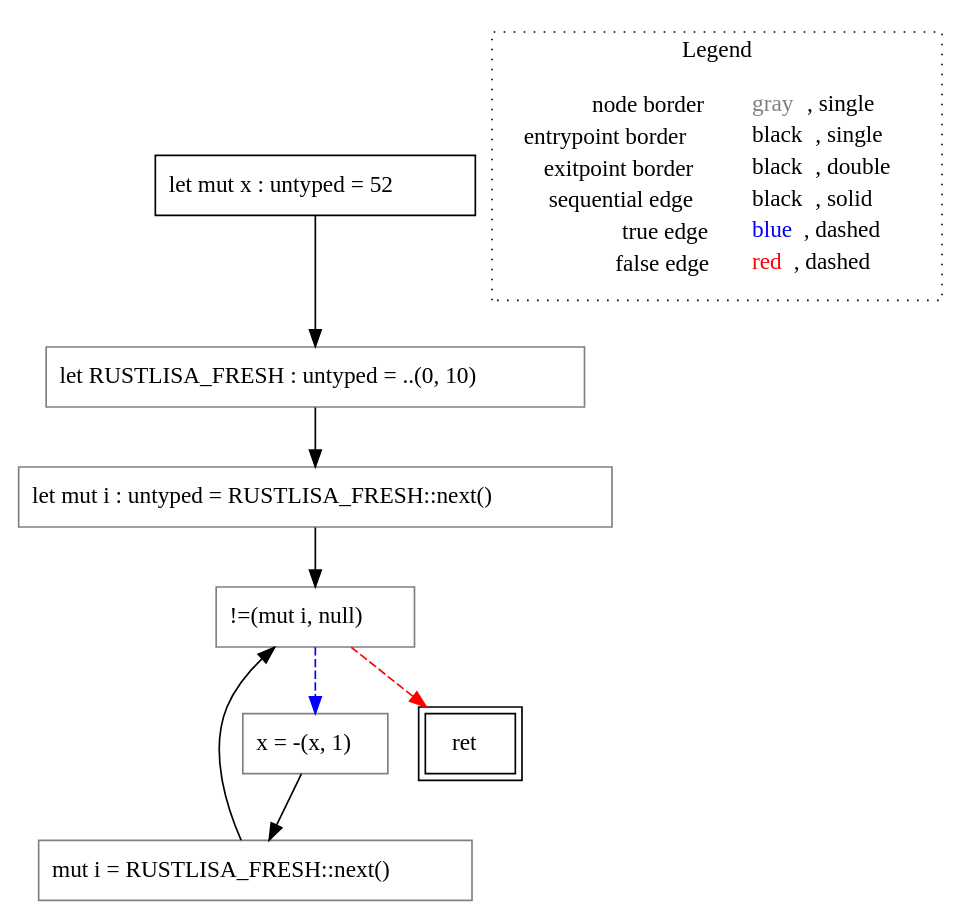
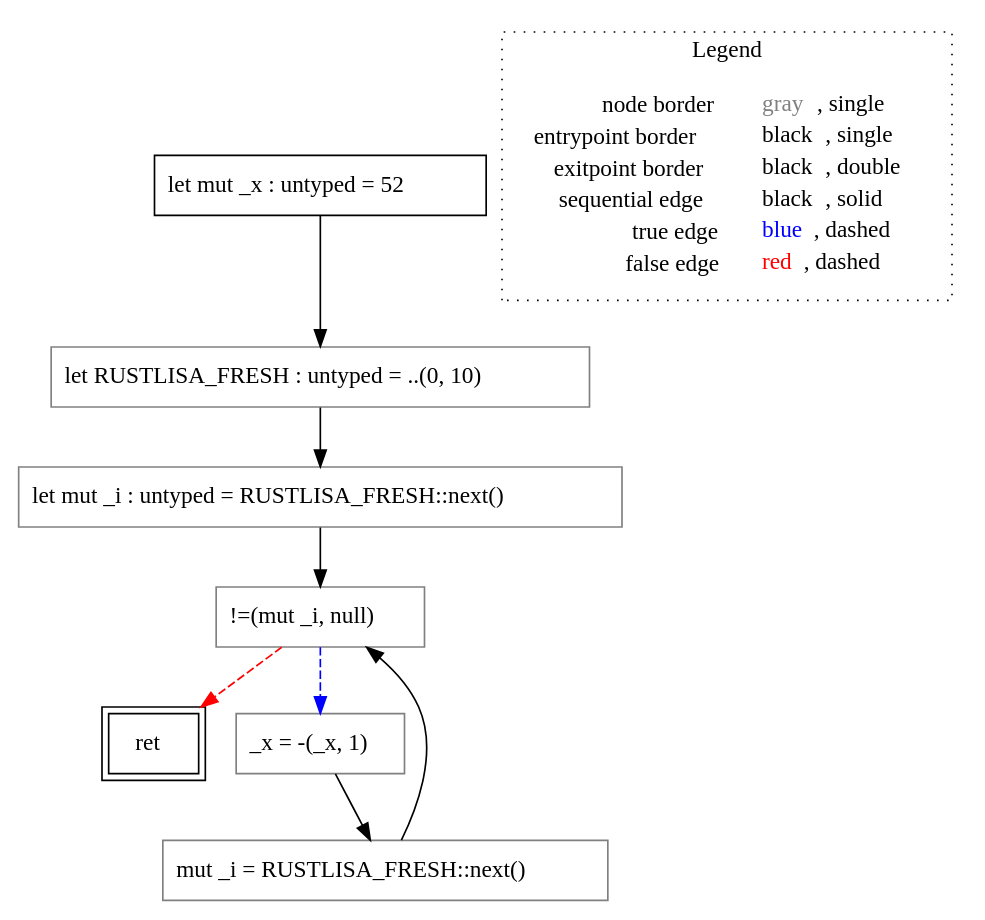
Before and after one commit to VincenzoArceri/rust-lisa: the diagram in rust-lisa/rust-testcases/cfg/for/()_rust-testcases_cfg_for_for.rs.main().dot, drawn with Graphviz. The commit also changed 26 other files, not shown here.

```diff
--- a/rust-lisa/rust-testcases/cfg/for/()_rust-testcases_cfg_for_for.rs.main().dot
+++ b/rust-lisa/rust-testcases/cfg/for/()_rust-testcases_cfg_for_for.rs.main().dot
@@ -1,23 +1,23 @@
 digraph {
-	"node0" [shape="rect",color="black",label=<let mut x : untyped = 52>];
+	"node0" [shape="rect",color="black",label=<let mut _x : untyped = 52>];
 	"node1" [shape="rect",color="gray",label=<let RUSTLISA_FRESH : untyped = ..(0, 10)>];
-	"node2" [shape="rect",color="gray",label=<let mut i : untyped = RUSTLISA_FRESH::next()>];
-	"node3" [shape="rect",color="gray",label=<mut i = RUSTLISA_FRESH::next()>];
-	"node4" [shape="rect",color="gray",label=<x = -(x, 1)>];
-	"node5" [shape="rect",color="black",peripheries="2",label=<ret>];
-	"node6" [shape="rect",color="gray",label=<!=(mut i, null)>];
-	"node1" -> "node2" [color="black"];
-	"node2" -> "node6" [color="black"];
-	"node3" -> "node6" [color="black"];
-	"node4" -> "node3" [color="black"];
-	"node6" -> "node5" [color="red",style="dashed"];
-	"node6" -> "node4" [color="blue",style="dashed"];
+	"node2" [shape="rect",color="gray",label=<!=(mut _i, null)>];
+	"node3" [shape="rect",color="black",peripheries="2",label=<ret>];
+	"node4" [shape="rect",color="gray",label=<let mut _i : untyped = RUSTLISA_FRESH::next()>];
+	"node5" [shape="rect",color="gray",label=<mut _i = RUSTLISA_FRESH::next()>];
+	"node6" [shape="rect",color="gray",label=<_x = -(_x, 1)>];
+	"node1" -> "node4" [color="black"];
+	"node2" -> "node3" [color="red",style="dashed"];
+	"node2" -> "node6" [color="blue",style="dashed"];
+	"node4" -> "node2" [color="black"];
+	"node5" -> "node2" [color="black"];
 	"node0" -> "node1" [color="black"];
+	"node6" -> "node5" [color="black"];
 subgraph cluster_legend {
 	label="Legend";
 	style=dotted;
 	node [shape=plaintext];
 	"legend" [label=<<table border="0" cellpadding="2" cellspacing="0" cellborder="0"><tr><td align="right">node border&nbsp;</td><td align="left"><font color="gray">gray</font>, single</td></tr><tr><td align="right">entrypoint border&nbsp;</td><td align="left"><font color="black">black</font>, single</td></tr><tr><td align="right">exitpoint border&nbsp;</td><td align="left"><font color="black">black</font>, double</td></tr><tr><td align="right">sequential edge&nbsp;</td><td align="left"><font color="black">black</font>, solid</td></tr><tr><td align="right">true edge&nbsp;</td><td align="left"><font color="blue">blue</font>, dashed</td></tr><tr><td align="right">false edge&nbsp;</td><td align="left"><font color="red">red</font>, dashed</td></tr></table>>];
 }
 
 }
```
